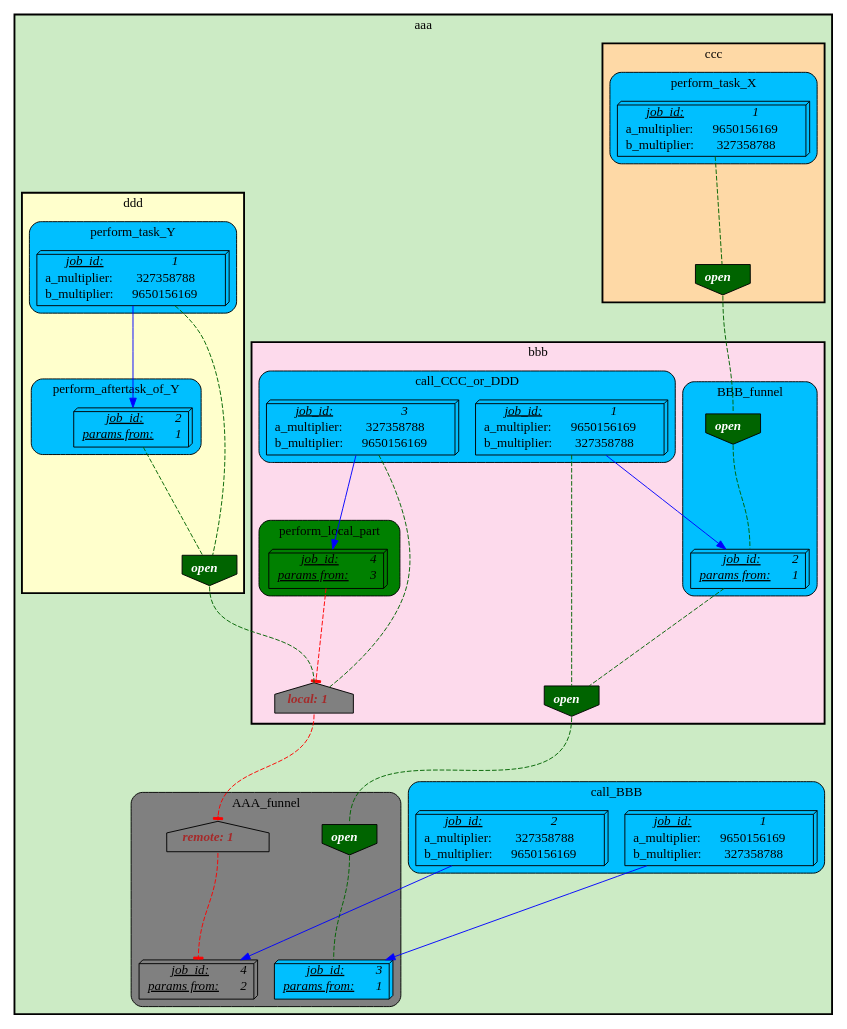
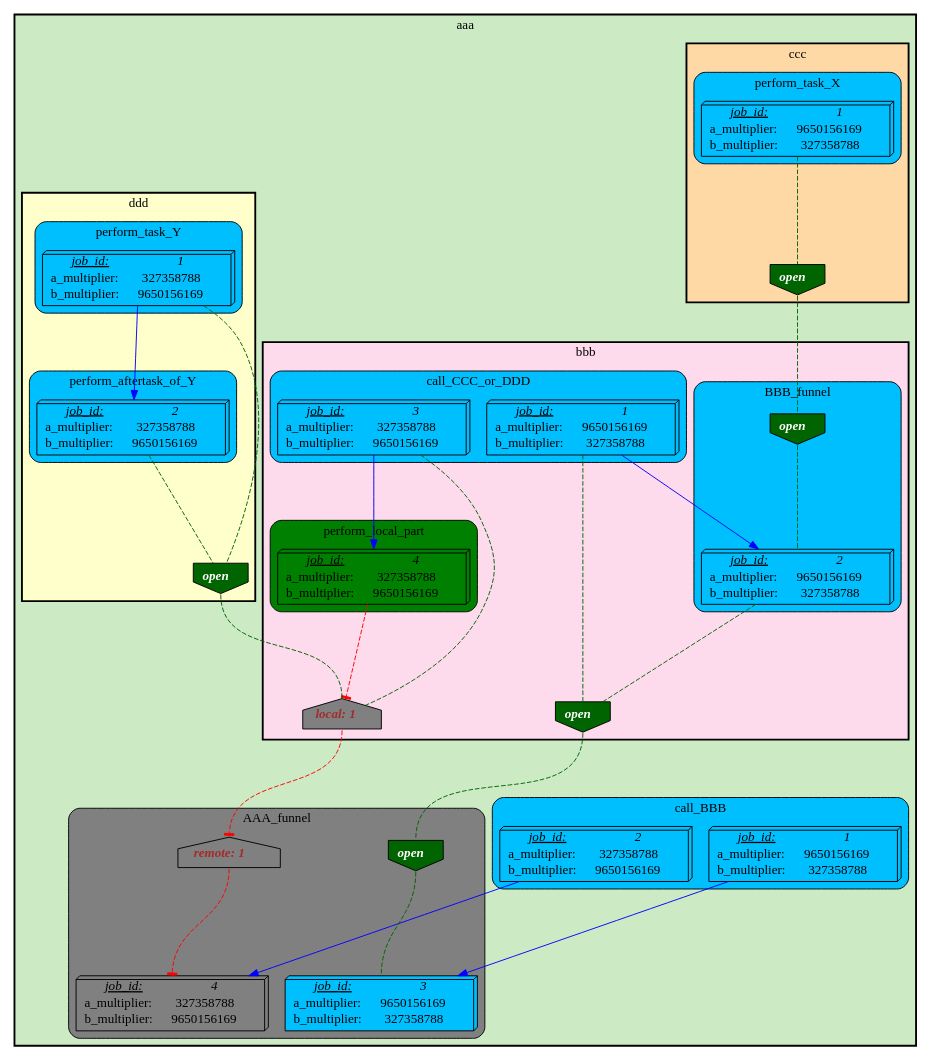
The diagram in t/03.scripts/visualize_jobs/quad_pipe/quad_pipe_jobs_08.dot (Ensembl/ensembl-hive), drawn with Graphviz before and after one commit. The commit also changed 27 other files, not shown here.

```diff
--- a/t/03.scripts/visualize_jobs/quad_pipe/quad_pipe_jobs_08.dot
+++ b/t/03.scripts/visualize_jobs/quad_pipe/quad_pipe_jobs_08.dot
@@ -1,143 +1,143 @@
 digraph test {
 	ratio="compress"; name = "JobDependencyGraph"; pad = "0"; ranksep = "1.4"; remincross = "true";
 	job_1__aaa [fillcolor="DeepSkyBlue", label=<<table border="0" cellborder="0" cellspacing="0" cellpadding="1"><tr><td><u><i>job_id:</i></u></td><td><i>1</i></td></tr><tr><td>a_multiplier:</td><td> 9650156169</td></tr><tr><td>b_multiplier:</td><td> 327358788</td></tr></table>>, shape="box3d", style="filled"];
 	job_1__bbb [fillcolor="DeepSkyBlue", label=<<table border="0" cellborder="0" cellspacing="0" cellpadding="1"><tr><td><u><i>job_id:</i></u></td><td><i>1</i></td></tr><tr><td>a_multiplier:</td><td> 9650156169</td></tr><tr><td>b_multiplier:</td><td> 327358788</td></tr></table>>, shape="box3d", style="filled"];
 	job_1__ccc [fillcolor="DeepSkyBlue", label=<<table border="0" cellborder="0" cellspacing="0" cellpadding="1"><tr><td><u><i>job_id:</i></u></td><td><i>1</i></td></tr><tr><td>a_multiplier:</td><td> 9650156169</td></tr><tr><td>b_multiplier:</td><td> 327358788</td></tr></table>>, shape="box3d", style="filled"];
 	job_1__ddd [fillcolor="DeepSkyBlue", label=<<table border="0" cellborder="0" cellspacing="0" cellpadding="1"><tr><td><u><i>job_id:</i></u></td><td><i>1</i></td></tr><tr><td>a_multiplier:</td><td> 327358788</td></tr><tr><td>b_multiplier:</td><td> 9650156169</td></tr></table>>, shape="box3d", style="filled"];
 	job_2__aaa [fillcolor="DeepSkyBlue", label=<<table border="0" cellborder="0" cellspacing="0" cellpadding="1"><tr><td><u><i>job_id:</i></u></td><td><i>2</i></td></tr><tr><td>a_multiplier:</td><td> 327358788</td></tr><tr><td>b_multiplier:</td><td> 9650156169</td></tr></table>>, shape="box3d", style="filled"];
-	job_2__bbb [fillcolor="DeepSkyBlue", label=<<table border="0" cellborder="0" cellspacing="0" cellpadding="1"><tr><td><u><i>job_id:</i></u></td><td><i>2</i></td></tr><tr><td><u><i>params from:</i></u></td><td><i>1</i></td></tr></table>>, shape="box3d", style="filled"];
-	job_2__ddd [fillcolor="DeepSkyBlue", label=<<table border="0" cellborder="0" cellspacing="0" cellpadding="1"><tr><td><u><i>job_id:</i></u></td><td><i>2</i></td></tr><tr><td><u><i>params from:</i></u></td><td><i>1</i></td></tr></table>>, shape="box3d", style="filled"];
-	job_3__aaa [fillcolor="DeepSkyBlue", label=<<table border="0" cellborder="0" cellspacing="0" cellpadding="1"><tr><td><u><i>job_id:</i></u></td><td><i>3</i></td></tr><tr><td><u><i>params from:</i></u></td><td><i>1</i></td></tr></table>>, shape="box3d", style="filled"];
+	job_2__bbb [fillcolor="DeepSkyBlue", label=<<table border="0" cellborder="0" cellspacing="0" cellpadding="1"><tr><td><u><i>job_id:</i></u></td><td><i>2</i></td></tr><tr><td>a_multiplier:</td><td> 9650156169</td></tr><tr><td>b_multiplier:</td><td> 327358788</td></tr></table>>, shape="box3d", style="filled"];
+	job_2__ddd [fillcolor="DeepSkyBlue", label=<<table border="0" cellborder="0" cellspacing="0" cellpadding="1"><tr><td><u><i>job_id:</i></u></td><td><i>2</i></td></tr><tr><td>a_multiplier:</td><td> 327358788</td></tr><tr><td>b_multiplier:</td><td> 9650156169</td></tr></table>>, shape="box3d", style="filled"];
+	job_3__aaa [fillcolor="DeepSkyBlue", label=<<table border="0" cellborder="0" cellspacing="0" cellpadding="1"><tr><td><u><i>job_id:</i></u></td><td><i>3</i></td></tr><tr><td>a_multiplier:</td><td> 9650156169</td></tr><tr><td>b_multiplier:</td><td> 327358788</td></tr></table>>, shape="box3d", style="filled"];
 	job_3__bbb [fillcolor="DeepSkyBlue", label=<<table border="0" cellborder="0" cellspacing="0" cellpadding="1"><tr><td><u><i>job_id:</i></u></td><td><i>3</i></td></tr><tr><td>a_multiplier:</td><td> 327358788</td></tr><tr><td>b_multiplier:</td><td> 9650156169</td></tr></table>>, shape="box3d", style="filled"];
-	job_4__aaa [fillcolor="grey", label=<<table border="0" cellborder="0" cellspacing="0" cellpadding="1"><tr><td><u><i>job_id:</i></u></td><td><i>4</i></td></tr><tr><td><u><i>params from:</i></u></td><td><i>2</i></td></tr></table>>, shape="box3d", style="filled"];
-	job_4__bbb [fillcolor="green", label=<<table border="0" cellborder="0" cellspacing="0" cellpadding="1"><tr><td><u><i>job_id:</i></u></td><td><i>4</i></td></tr><tr><td><u><i>params from:</i></u></td><td><i>3</i></td></tr></table>>, shape="box3d", style="filled"];
+	job_4__aaa [fillcolor="grey", label=<<table border="0" cellborder="0" cellspacing="0" cellpadding="1"><tr><td><u><i>job_id:</i></u></td><td><i>4</i></td></tr><tr><td>a_multiplier:</td><td> 327358788</td></tr><tr><td>b_multiplier:</td><td> 9650156169</td></tr></table>>, shape="box3d", style="filled"];
+	job_4__bbb [fillcolor="green", label=<<table border="0" cellborder="0" cellspacing="0" cellpadding="1"><tr><td><u><i>job_id:</i></u></td><td><i>4</i></td></tr><tr><td>a_multiplier:</td><td> 327358788</td></tr><tr><td>b_multiplier:</td><td> 9650156169</td></tr></table>>, shape="box3d", style="filled"];
 	semaphore_1__aaa [fillcolor="darkgreen", label=<<table border="0" cellborder="0" cellspacing="0" cellpadding="1"><tr><td colspan="3"><font color="white"><b><i>open</i></b></font></td></tr></table>>, margin="0,0", shape="invhouse", style="filled"];
 	semaphore_1__bbb [fillcolor="darkgreen", label=<<table border="0" cellborder="0" cellspacing="0" cellpadding="1"><tr><td colspan="3"><font color="white"><b><i>open</i></b></font></td></tr></table>>, margin="0,0", shape="invhouse", style="filled"];
 	semaphore_1__ccc [fillcolor="darkgreen", label=<<table border="0" cellborder="0" cellspacing="0" cellpadding="1"><tr><td colspan="3"><font color="white"><b><i>open</i></b></font></td></tr></table>>, margin="0,0", shape="invhouse", style="filled"];
 	semaphore_1__ddd [fillcolor="darkgreen", label=<<table border="0" cellborder="0" cellspacing="0" cellpadding="1"><tr><td colspan="3"><font color="white"><b><i>open</i></b></font></td></tr></table>>, margin="0,0", shape="invhouse", style="filled"];
 	semaphore_2__aaa [fillcolor="grey", label=<<table border="0" cellborder="0" cellspacing="0" cellpadding="1"><tr><td colspan="3"><font color="brown"><b><i>remote: 1</i></b></font></td></tr></table>>, margin="0,0", shape="house", style="filled"];
 	semaphore_2__bbb [fillcolor="darkgreen", label=<<table border="0" cellborder="0" cellspacing="0" cellpadding="1"><tr><td colspan="3"><font color="white"><b><i>open</i></b></font></td></tr></table>>, margin="0,0", shape="invhouse", style="filled"];
 	semaphore_3__bbb [fillcolor="grey", label=<<table border="0" cellborder="0" cellspacing="0" cellpadding="1"><tr><td colspan="3"><font color="brown"><b><i>local: 1</i></b></font></td></tr></table>>, margin="0,0", shape="house", style="filled"];
 	job_1__aaa -> job_3__aaa [color="blue"];
 	job_1__bbb -> job_2__bbb [color="blue"];
 	job_1__bbb -> semaphore_1__bbb [arrowhead="none", color="darkgreen", style="dashed"];
 	job_1__ccc -> semaphore_1__ccc [arrowhead="none", color="darkgreen", style="dashed"];
 	job_1__ddd -> job_2__ddd [color="blue"];
 	job_1__ddd -> semaphore_1__ddd [arrowhead="none", color="darkgreen", style="dashed"];
 	job_2__aaa -> job_4__aaa [color="blue"];
 	job_2__bbb -> semaphore_1__bbb [arrowhead="none", color="darkgreen", style="dashed"];
 	job_2__ddd -> semaphore_1__ddd [arrowhead="none", color="darkgreen", style="dashed"];
 	job_3__bbb -> job_4__bbb [color="blue"];
 	job_3__bbb -> semaphore_3__bbb [arrowhead="none", color="darkgreen", style="dashed"];
 	job_4__bbb -> semaphore_3__bbb [arrowhead="tee", color="red", style="dashed"];
 	semaphore_1__aaa -> job_3__aaa [arrowhead="none", color="darkgreen", headport="n", style="dashed", tailport="s"];
 	semaphore_1__bbb -> semaphore_1__aaa [arrowhead="none", color="darkgreen", headport="n", style="dashed", tailport="s"];
 	semaphore_1__ccc -> semaphore_2__bbb [arrowhead="none", color="darkgreen", headport="n", style="dashed", tailport="s"];
 	semaphore_1__ddd -> semaphore_3__bbb [arrowhead="none", color="darkgreen", headport="n", style="dashed", tailport="s"];
 	semaphore_2__aaa -> job_4__aaa [arrowhead="tee", color="red", headport="n", style="dashed", tailport="s"];
 	semaphore_2__bbb -> job_2__bbb [arrowhead="none", color="darkgreen", headport="n", style="dashed", tailport="s"];
 	semaphore_3__bbb -> semaphore_2__aaa [arrowhead="tee", color="red", headport="n", style="dashed", tailport="s"];
 
 subgraph cluster_aaa {
 	label="aaa";
 	style="bold,filled";
 	colorscheme="pastel19";
 	fillcolor="3";
 	color="";
 	subgraph cluster_AAA_funnel {
 		label="AAA_funnel";
 		style="rounded,filled";
 		colorscheme="X11";
 		fillcolor="grey";
 		color="";
 		job_3__aaa;
 		job_4__aaa;
 		semaphore_1__aaa;
 		semaphore_2__aaa;
 	}
 	subgraph cluster_bbb {
 		label="bbb";
 		style="bold,filled";
 		colorscheme="pastel19";
 		fillcolor="8";
 		color="";
 		subgraph cluster_ehive_test_vj_1___BBB_funnel {
 			label="BBB_funnel";
 			style="rounded,filled";
 			colorscheme="X11";
 			fillcolor="DeepSkyBlue";
 			color="";
 			job_2__bbb;
 			semaphore_2__bbb;
 		}
 		subgraph cluster_ehive_test_vj_1___call_CCC_or_DDD {
 			label="call_CCC_or_DDD";
 			style="rounded,filled";
 			colorscheme="X11";
 			fillcolor="DeepSkyBlue";
 			color="";
 			job_1__bbb;
 			job_3__bbb;
 		}
 		subgraph cluster_ehive_test_vj_1___perform_local_part {
 			label="perform_local_part";
 			style="rounded,filled";
 			colorscheme="X11";
 			fillcolor="green";
 			color="";
 			job_4__bbb;
 		}
 		semaphore_1__bbb;
 		semaphore_3__bbb;
 	}
 	subgraph cluster_call_BBB {
 		label="call_BBB";
 		style="rounded,filled";
 		colorscheme="X11";
 		fillcolor="DeepSkyBlue";
 		color="";
 		job_1__aaa;
 		job_2__aaa;
 	}
 	subgraph cluster_ccc {
 		label="ccc";
 		style="bold,filled";
 		colorscheme="pastel19";
 		fillcolor="5";
 		color="";
 		subgraph cluster_ehive_test_vj_2___perform_task_X {
 			label="perform_task_X";
 			style="rounded,filled";
 			colorscheme="X11";
 			fillcolor="DeepSkyBlue";
 			color="";
 			job_1__ccc;
 		}
 		semaphore_1__ccc;
 	}
 	subgraph cluster_ddd {
 		label="ddd";
 		style="bold,filled";
 		colorscheme="pastel19";
 		fillcolor="6";
 		color="";
 		subgraph cluster_ehive_test_vj_3___perform_aftertask_of_Y {
 			label="perform_aftertask_of_Y";
 			style="rounded,filled";
 			colorscheme="X11";
 			fillcolor="DeepSkyBlue";
 			color="";
 			job_2__ddd;
 		}
 		subgraph cluster_ehive_test_vj_3___perform_task_Y {
 			label="perform_task_Y";
 			style="rounded,filled";
 			colorscheme="X11";
 			fillcolor="DeepSkyBlue";
 			color="";
 			job_1__ddd;
 		}
 		semaphore_1__ddd;
 	}
 }
 }
```
